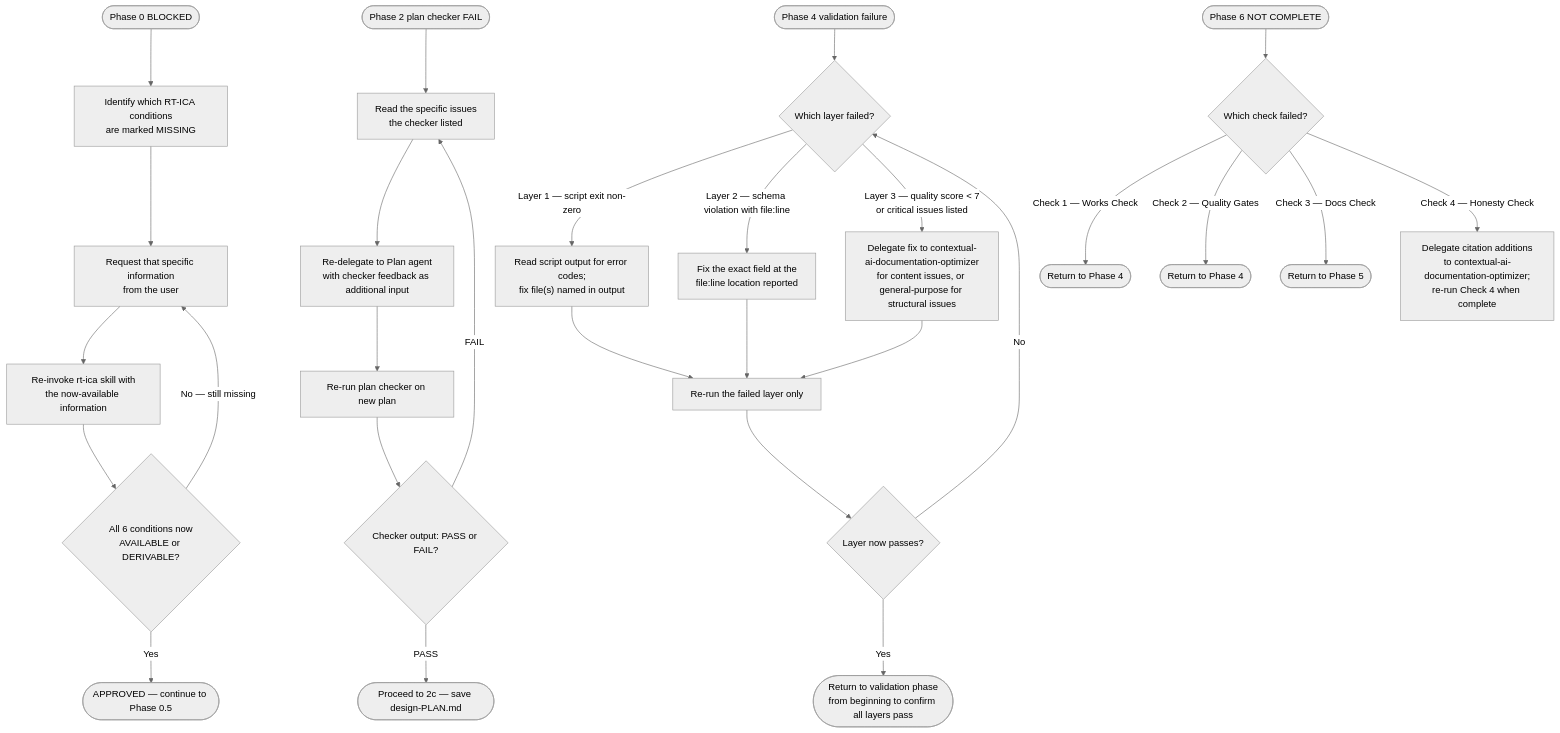
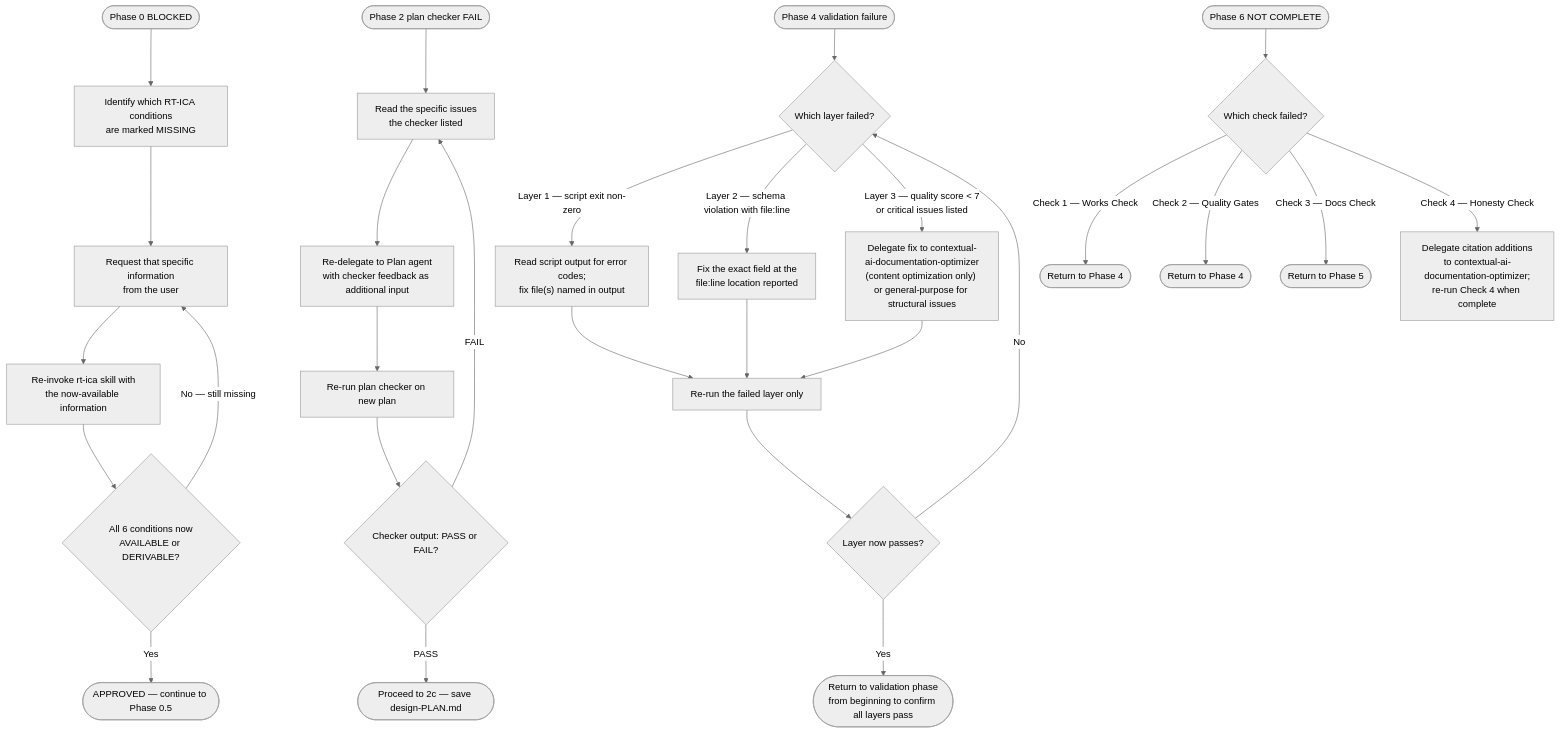
Diagram 12 of 12 in plugins/plugin-creator/skills/plugin-creator/references/workflow-diagram.md (chgreer1070/claude_skills), drawn with Mermaid (neutral theme) before and after one commit. The commit also changed other lines of this file and 15 other files, not shown here.

First line of the commit message:
docs(plugin-creator,the-rewrite-room,development-harness): add routing notes to all contextual-ai-documentation-optimizer references

````diff
--- a/plugins/plugin-creator/skills/plugin-creator/references/workflow-diagram.md
+++ b/plugins/plugin-creator/skills/plugin-creator/references/workflow-diagram.md
@@ -265,33 +274,33 @@
 ```mermaid
 flowchart TD
     F0(["Phase 0 BLOCKED"]) --> F0A["Identify which RT-ICA conditions<br>are marked MISSING"]
     F0A --> F0B["Request that specific information<br>from the user"]
     F0B --> F0C["Re-invoke rt-ica skill with<br>the now-available information"]
     F0C --> F0D{"All 6 conditions now<br>AVAILABLE or DERIVABLE?"}
     F0D -->|"No — still missing"| F0B
     F0D -->|"Yes"| F0E(["APPROVED — continue to Phase 0.5"])
 
     F2(["Phase 2 plan checker FAIL"]) --> F2A["Read the specific issues<br>the checker listed"]
     F2A --> F2B["Re-delegate to Plan agent<br>with checker feedback as additional input"]
     F2B --> F2C["Re-run plan checker on new plan"]
     F2C --> F2D{"Checker output: PASS or FAIL?"}
     F2D -->|"FAIL"| F2A
     F2D -->|"PASS"| F2E(["Proceed to 2c — save design-PLAN.md"])
 
     F4(["Phase 4 validation failure"]) --> F4A{"Which layer failed?"}
     F4A -->|"Layer 1 — script exit non-zero"| F4B["Read script output for error codes;<br>fix file(s) named in output"]
     F4A -->|"Layer 2 — schema violation with file:line"| F4C["Fix the exact field at the<br>file:line location reported"]
-    F4A -->|"Layer 3 — quality score < 7<br>or critical issues listed"| F4D["Delegate fix to contextual-ai-documentation-optimizer<br>for content issues, or general-purpose for structural issues"]
+    F4A -->|"Layer 3 — quality score < 7<br>or critical issues listed"| F4D["Delegate fix to contextual-ai-documentation-optimizer<br>(content optimization only) or general-purpose for structural issues"]
     F4B --> F4E["Re-run the failed layer only"]
     F4C --> F4E
     F4D --> F4E
     F4E --> F4F{"Layer now passes?"}
     F4F -->|"No"| F4A
     F4F -->|"Yes"| F4G(["Return to validation phase<br>from beginning to confirm all layers pass"])
 
     F6(["Phase 6 NOT COMPLETE"]) --> F6A{"Which check failed?"}
     F6A -->|"Check 1 — Works Check"| F6B(["Return to Phase 4"])
     F6A -->|"Check 2 — Quality Gates"| F6C(["Return to Phase 4"])
     F6A -->|"Check 3 — Docs Check"| F6D(["Return to Phase 5"])
     F6A -->|"Check 4 — Honesty Check"| F6E["Delegate citation additions<br>to contextual-ai-documentation-optimizer;<br>re-run Check 4 when complete"]
 ```
````
